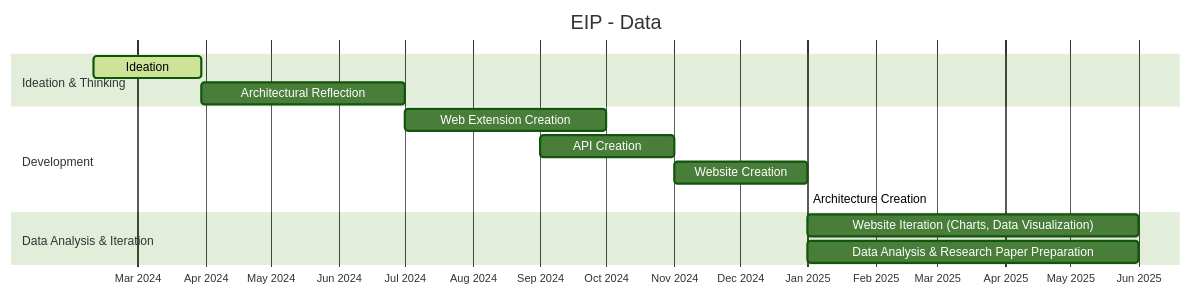
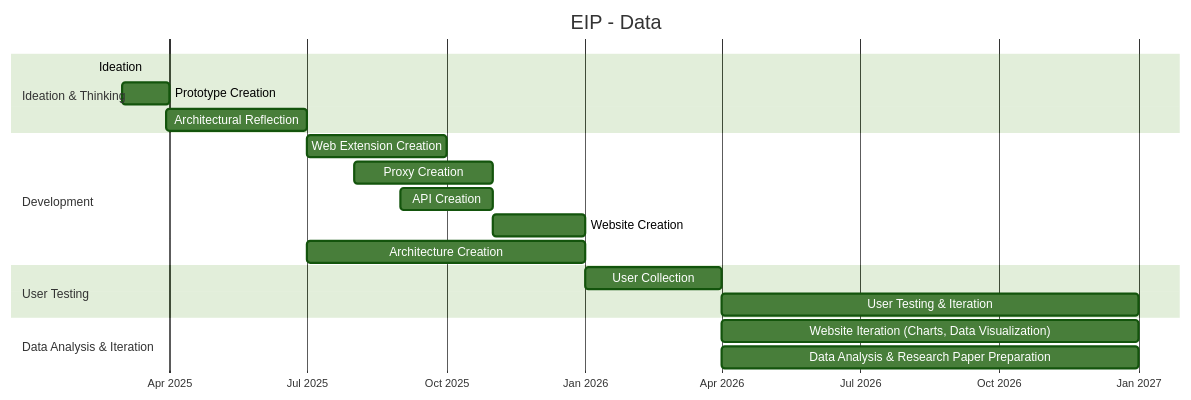
The first of 3 diagrams in docs/roadmap.rst (EIP-Data/Documentation), drawn with Mermaid (forest theme) before and after one commit. The commit also changed other lines of this file, not shown here.

Commit message:
feat(Roadmaps): 3 differents possible scenarios

```diff
--- a/docs/roadmap.rst
+++ b/docs/roadmap.rst
@@ -4,20 +4,28 @@
 .. mermaid::
+   :caption: Scenario n°1 : All Good ! :) (Optimal Scenario)
+   :align: center
 
     gantt
         title EIP - Data
         dateFormat  YYYY-MM-DD
         axisFormat  %b %Y
 
         section Ideation & Thinking
-        Ideation         :active, 2024-02-10, 2024-03-30
-        Architectural Reflection :2024-03-30, 2024-07-01
+        Ideation         :active, 2025-02-10, 2025-02-30
+        Prototype Creation       :2025-03-01, 2025-04-01
+        Architectural Reflection :2025-03-30, 2025-07-01
 
         section Development
-        Web Extension Creation  :2024-07-01, 2024-10-01
-        API Creation            :2024-09-01, 2024-11-01
-        Website Creation        :2024-11-01, 2025-01-01
-        Architecture Creation   :2025-01-01, 2025-01-01
+        Web Extension Creation  :2025-07-01, 2025-10-01
+        Proxy Creation          :2025-08-01, 2025-11-01
+        API Creation            :2025-09-01, 2025-11-01
+        Website Creation        :2025-11-01, 2026-01-01
+        Architecture Creation   :2025-07-01, 2026-01-01
+
+        section User Testing
+        User Collection          :2026-01-01, 2026-04-01
+        User Testing & Iteration :2026-04-01, 2027-01-01
 
         section Data Analysis & Iteration
-        Website Iteration (Charts, Data Visualization) :2025-01-01, 2025-06-01
-        Data Analysis & Research Paper Preparation     :2025-01-01, 2025-06-01
+        Website Iteration (Charts, Data Visualization) :2026-04-01, 2027-01-01
+        Data Analysis & Research Paper Preparation     :2026-04-01, 2027-01-01
```
